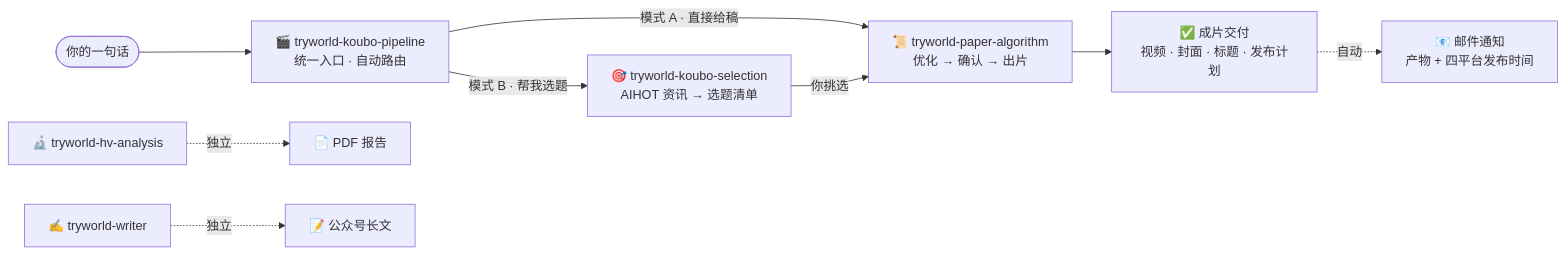
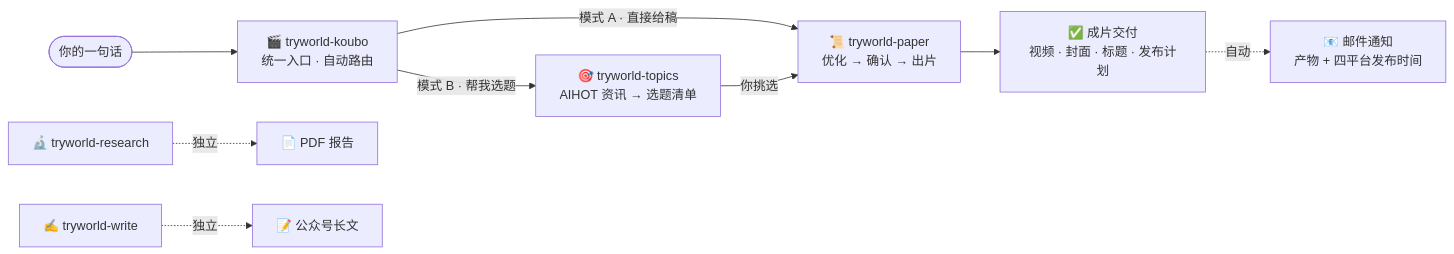
Before and after one commit to TryWorld2026/paper-algorithm: the diagram in README.zh-CN.md, drawn with Mermaid. The commit also changed other lines of this file and 27 other files, not shown here.

Commit message:
refactor: 技能重命名——tryworld-koubo/paper/topics/research/write(本地与仓库同步)

````diff
--- a/README.zh-CN.md
+++ b/README.zh-CN.md
@@ -37,11 +37,11 @@
 ```mermaid
 flowchart LR
-    U(["你的一句话"]) --> P["🎬 tryworld-koubo-pipeline<br/>统一入口 · 自动路由"]
-    P -- "模式 A · 直接给稿" --> A["📜 tryworld-paper-algorithm<br/>优化 → 确认 → 出片"]
-    P -- "模式 B · 帮我选题" --> S["🎯 tryworld-koubo-selection<br/>AIHOT 资讯 → 选题清单"]
+    U(["你的一句话"]) --> P["🎬 tryworld-koubo<br/>统一入口 · 自动路由"]
+    P -- "模式 A · 直接给稿" --> A["📜 tryworld-paper<br/>优化 → 确认 → 出片"]
+    P -- "模式 B · 帮我选题" --> S["🎯 tryworld-topics<br/>AIHOT 资讯 → 选题清单"]
     S -- "你挑选" --> A
     A --> O["✅ 成片交付<br/>视频 · 封面 · 标题 · 发布计划"]
     O -. "自动" .-> M["📧 邮件通知<br/>产物 + 四平台发布时间"]
-    H["🔬 tryworld-hv-analysis"] -. "独立" .-> R["📄 PDF 报告"]
-    W["✍️ tryworld-writer"] -. "独立" .-> C["📝 公众号长文"]
+    H["🔬 tryworld-research"] -. "独立" .-> R["📄 PDF 报告"]
+    W["✍️ tryworld-write"] -. "独立" .-> C["📝 公众号长文"]
 ```
````
